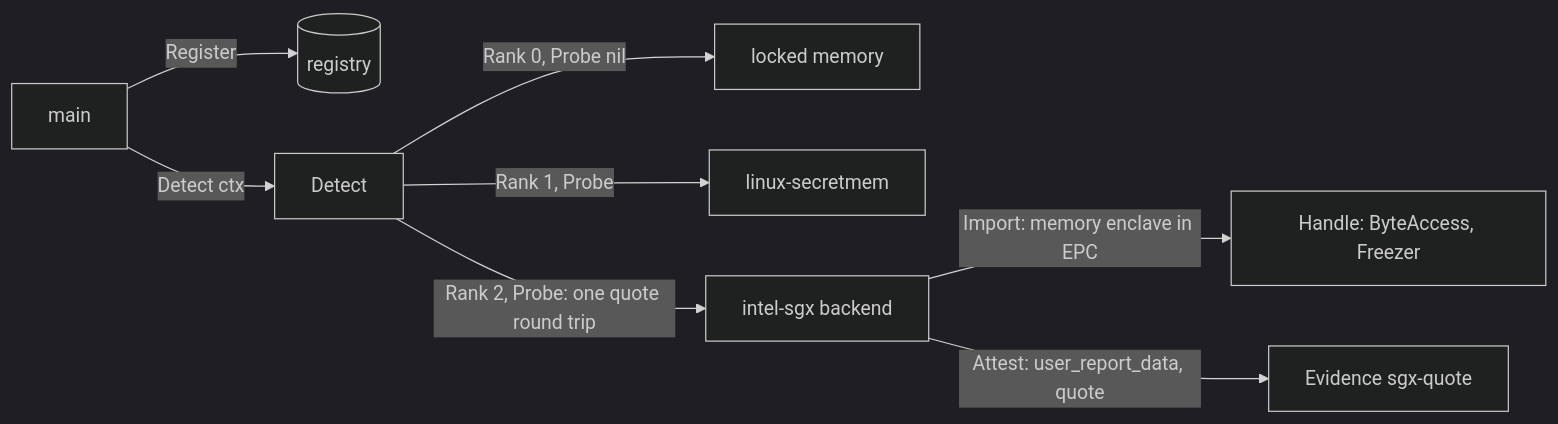
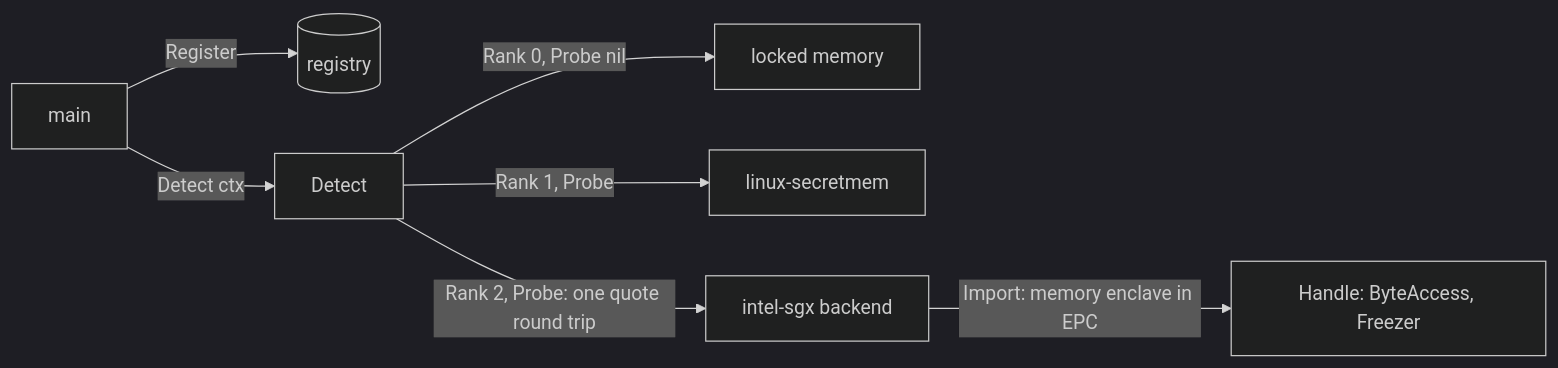
One commit to jeremyhahn/go-enclave changed the diagram in docs/backends/intel-sgx.md. Above: the diagram before and after it, drawn with Mermaid (dark theme). The commit also changed other lines of this file and 4 other files, not shown here.

````diff
--- a/docs/backends/intel-sgx.md
+++ b/docs/backends/intel-sgx.md
@@ -192,10 +161,9 @@
 ```mermaid
 flowchart LR
   main -->|Register| reg[(registry)]
   main -->|Detect ctx| detect[Detect]
   detect -->|"Rank 0, Probe nil"| lm[locked memory]
   detect -->|"Rank 1, Probe"| sm[linux-secretmem]
   detect -->|"Rank 2, Probe: one quote round trip"| sgx[intel-sgx backend]
   sgx -->|"Import: memory enclave in EPC"| h[Handle: ByteAccess, Freezer]
-  sgx -->|"Attest: user_report_data, quote"| ev[Evidence sgx-quote]
 ```
````
